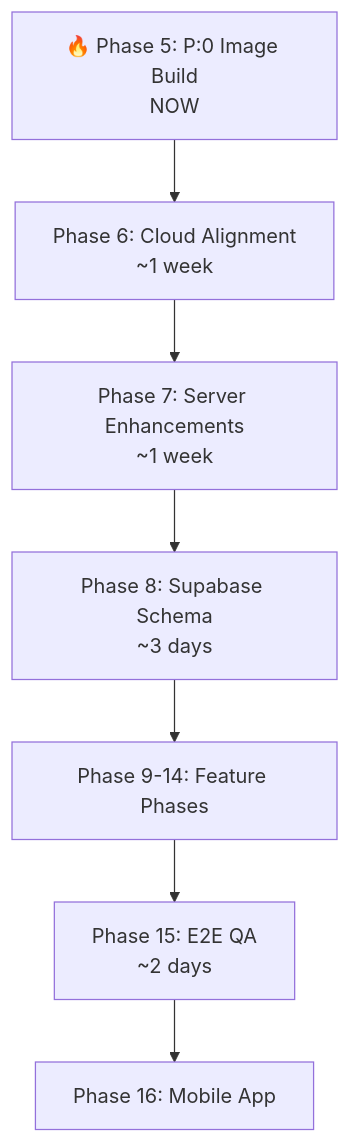
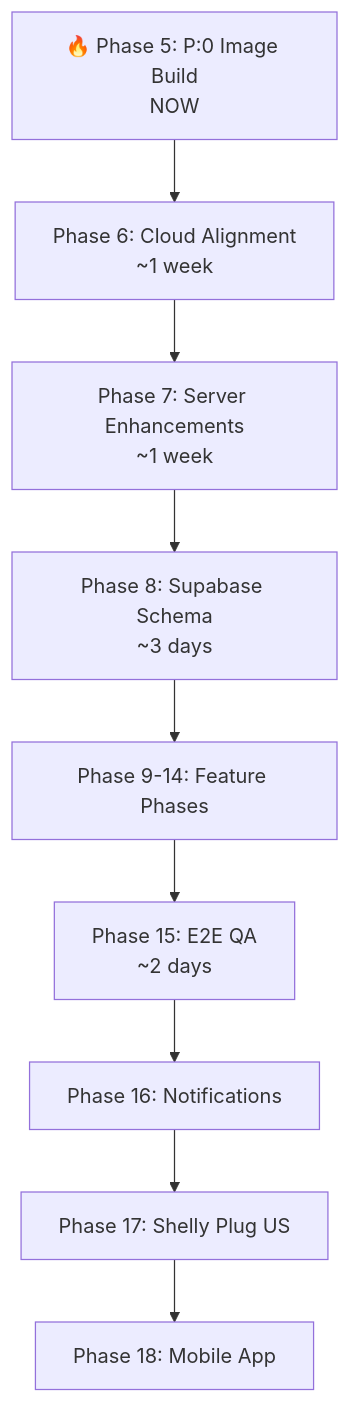
Before and after one commit to rob-jonesdevlab/ods-signage: the diagram in kbase/artifacts/archive/ods_consolidated_roadmap_2026-02-28.md, drawn with Mermaid. The commit also changed other lines of this file and 2 other files, not shown here.

Commit message:
fix: Profile bg-gray-50, remove Role Permissions, update roadmap

````diff
--- a/kbase/artifacts/archive/ods_consolidated_roadmap_2026-02-28.md
+++ b/kbase/artifacts/archive/ods_consolidated_roadmap_2026-02-28.md
@@ -217,9 +244,11 @@
 ```mermaid
 graph TD
     P5[🔥 Phase 5: P:0 Image Build<br/>NOW] --> P6[Phase 6: Cloud Alignment<br/>~1 week]
     P6 --> P7[Phase 7: Server Enhancements<br/>~1 week]
     P7 --> P8[Phase 8: Supabase Schema<br/>~3 days]
     P8 --> P9[Phase 9-14: Feature Phases]
     P9 --> P15[Phase 15: E2E QA<br/>~2 days]
-    P15 --> P16[Phase 16: Mobile App]
+    P15 --> P16[Phase 16: Notifications]
+    P16 --> P17[Phase 17: Shelly Plug US]
+    P17 --> P18[Phase 18: Mobile App]
 ```
````
